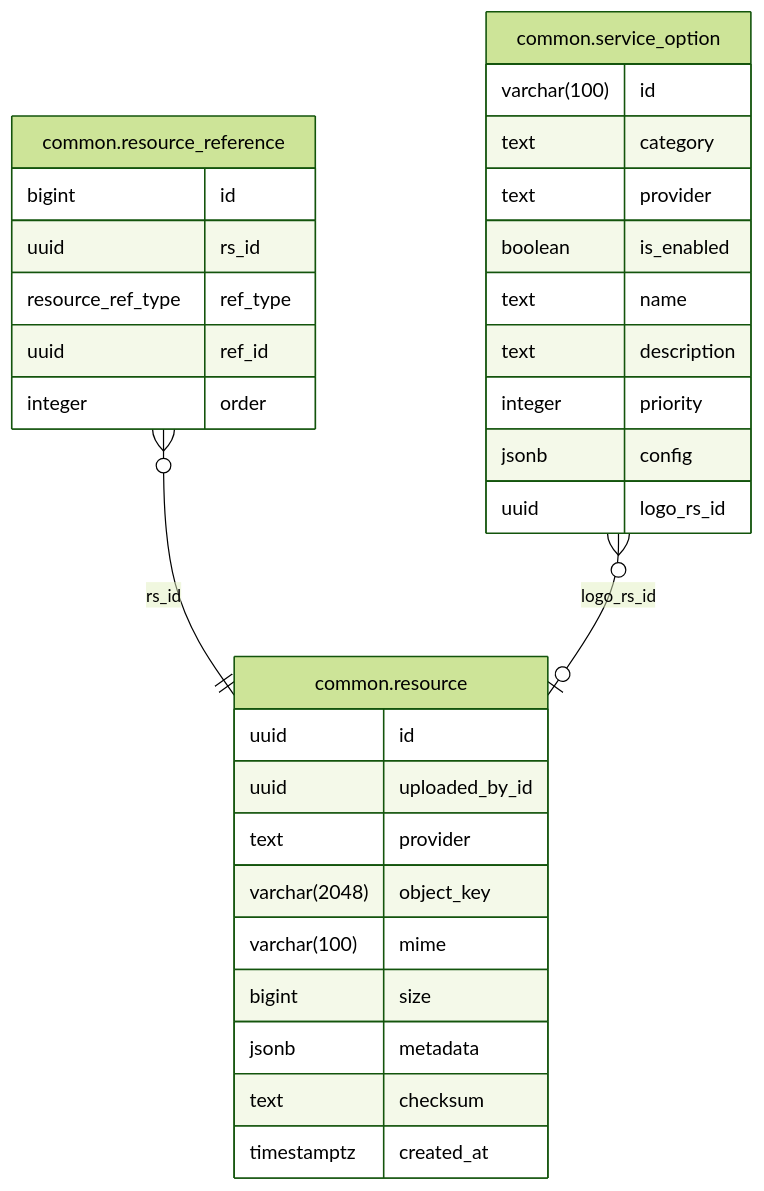
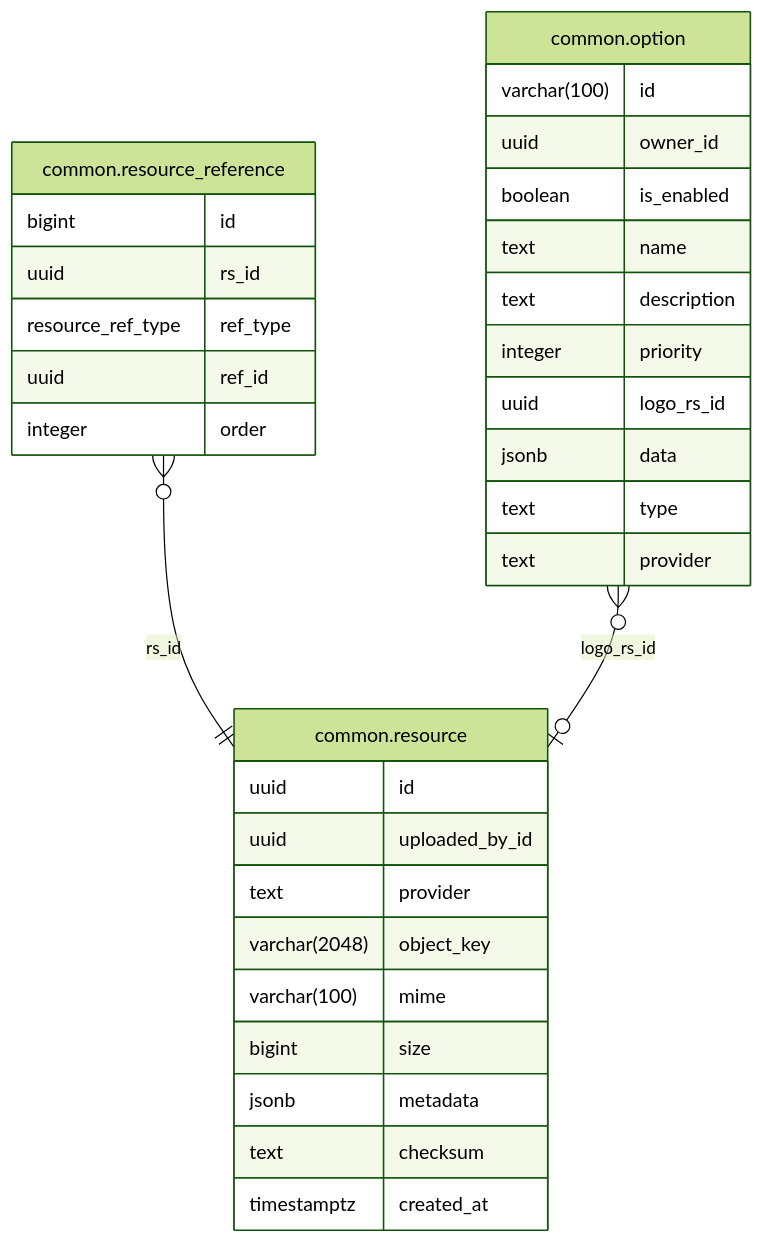
One commit to shopnexus/shopnexus-server changed the diagram in internal/module/common/README.md. Above: the diagram before and after it, drawn with Mermaid (forest theme). The commit also changed other lines of this file and 9 other files, not shown here.

Commit message:
extract conventions to assets/ and refresh module ER diagrams

````diff
--- a/internal/module/common/README.md
+++ b/internal/module/common/README.md
@@ -10,35 +8,36 @@
 ```mermaid
 erDiagram
 "common.resource_reference" }o--|| "common.resource" : "rs_id"
-"common.service_option" }o--|o "common.resource" : "logo_rs_id"
+"common.option" }o--|o "common.resource" : "logo_rs_id"
 
+"common.option" {
+  varchar(100) id
+  uuid owner_id
+  boolean is_enabled
+  text name
+  text description
+  integer priority
+  uuid logo_rs_id
+  jsonb data
+  text type
+  text provider
+}
 "common.resource" {
   uuid id
   uuid uploaded_by_id
   text provider
   varchar(2048) object_key
   varchar(100) mime
   bigint size
   jsonb metadata
   text checksum
   timestamptz created_at
 }
 "common.resource_reference" {
   bigint id
   uuid rs_id
   resource_ref_type ref_type
   uuid ref_id
   integer order
 }
-"common.service_option" {
-  varchar(100) id
-  text category
-  text provider
-  boolean is_enabled
-  text name
-  text description
-  integer priority
-  jsonb config
-  uuid logo_rs_id
-}
 ```
````
